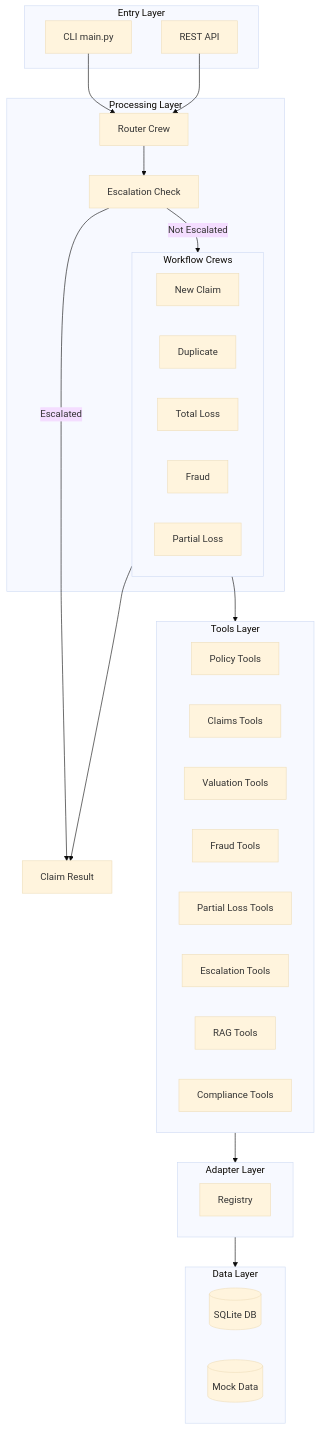
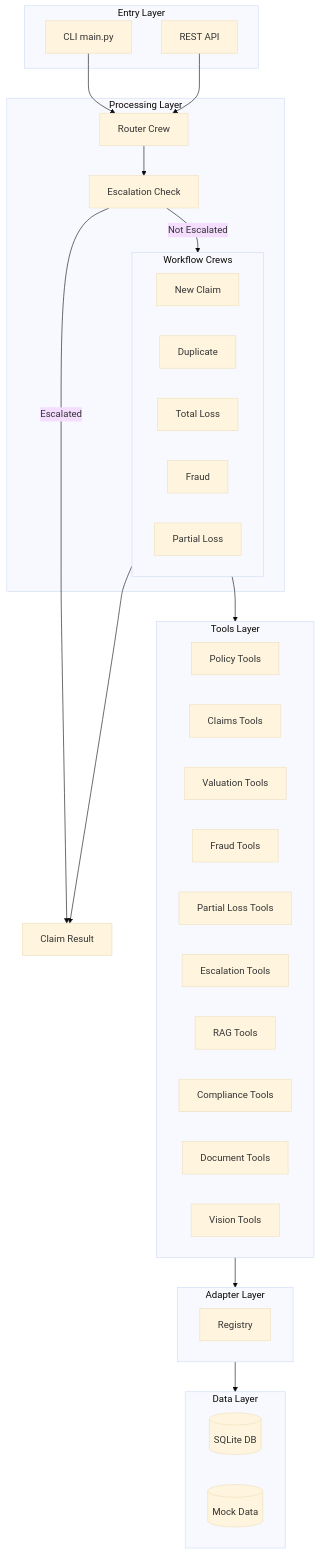
Before and after one commit to csmangum/auto-agent: the first of 2 diagrams in docs/architecture.md, drawn with Mermaid (base theme). The commit also changed 3 other files, not shown here.

````diff
--- a/docs/architecture.md
+++ b/docs/architecture.md
@@ -7,52 +7,54 @@
 ```mermaid
 flowchart TB
     subgraph Entry["Entry Layer"]
         CLI[CLI main.py]
         API[REST API]
     end
 
     subgraph Processing["Processing Layer"]
         Router[Router Crew]
         Escalation[Escalation Check]
 
         subgraph Workflows["Workflow Crews"]
             New[New Claim]
             Dup[Duplicate]
             TL[Total Loss]
             Fraud[Fraud]
             PL[Partial Loss]
         end
     end
 
     subgraph Tools["Tools Layer"]
         Policy[Policy Tools]
         Claims[Claims Tools]
         Valuation[Valuation Tools]
         FraudTools[Fraud Tools]
         PLTools[Partial Loss Tools]
         EscalationTools[Escalation Tools]
         RAGTools[RAG Tools]
         ComplianceTools[Compliance Tools]
+        DocumentTools[Document Tools]
+        VisionTools[Vision Tools]
     end
 
     subgraph Adapters["Adapter Layer"]
         AdapterRegistry[Registry]
     end
 
     subgraph Data["Data Layer"]
         SQLite[(SQLite DB)]
         MockDB[(Mock Data)]
     end
 
     ClaimResult[Claim Result]
 
     CLI --> Router
     API --> Router
     Router --> Escalation
     Escalation -->|Escalated| ClaimResult
     Escalation -->|Not Escalated| Workflows
     Workflows --> ClaimResult
     Workflows --> Tools
     Tools --> Adapters
     Adapters --> Data
 ```
````
